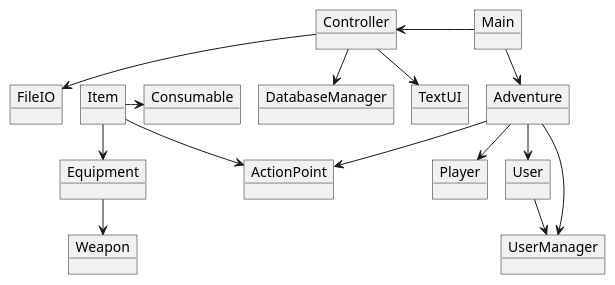
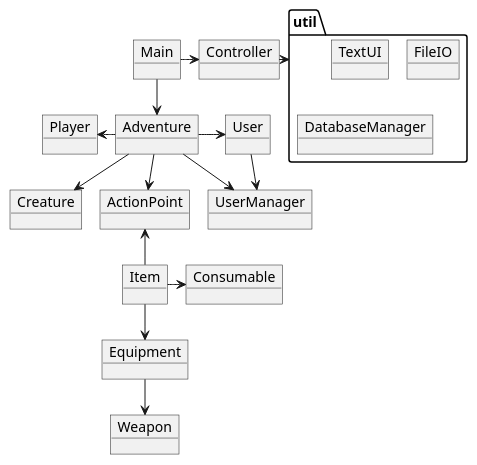
The diagram in doc/Domain_V0.puml (EmilXavierVT/2025ICE), drawn with PlantUML before and after one commit. The commit also changed 2 other files, not shown here.

Commit message:
Fixed diagrams 12-05-25, 18:57

```diff
--- a/doc/Domain_V0.puml
+++ b/doc/Domain_V0.puml
@@ -1,35 +1,40 @@
 @startuml
 !pragma layout smetana
 'https://plantuml.com/object-diagram
 
 object Main
 object Controller
-object DatabaseManager
 object Adventure
+object Creature
+object Player
 object User
 object UserManager
-object Player
 object ActionPoint
-object TextUI
-object FileIO
 object Item
 object Consumable
 object Equipment
 object Weapon
 
-Main --> Adventure
-Main -left-> Controller
-Controller --> DatabaseManager
-Controller --> TextUI
-Controller --> FileIO
-Adventure --> Player
-Adventure --> ActionPoint
-Adventure --> User
-Adventure --> UserManager
-User --> UserManager
-Item --> ActionPoint
+package "util"{
+object TextUI
+object FileIO
+object DatabaseManager
+}
+
+
+Main -down-> Adventure
+Main -right-> Controller
+Adventure -left-> Player
+Adventure -down-> ActionPoint
+Adventure -right-> User
+Adventure -up-> UserManager
+Adventure --> Creature
+Controller -right-> "util"
+User -down-> UserManager
+Item -up-> ActionPoint
 Item -right-> Consumable
 Item --> Equipment
 Equipment --> Weapon
 
+
 @enduml
```
